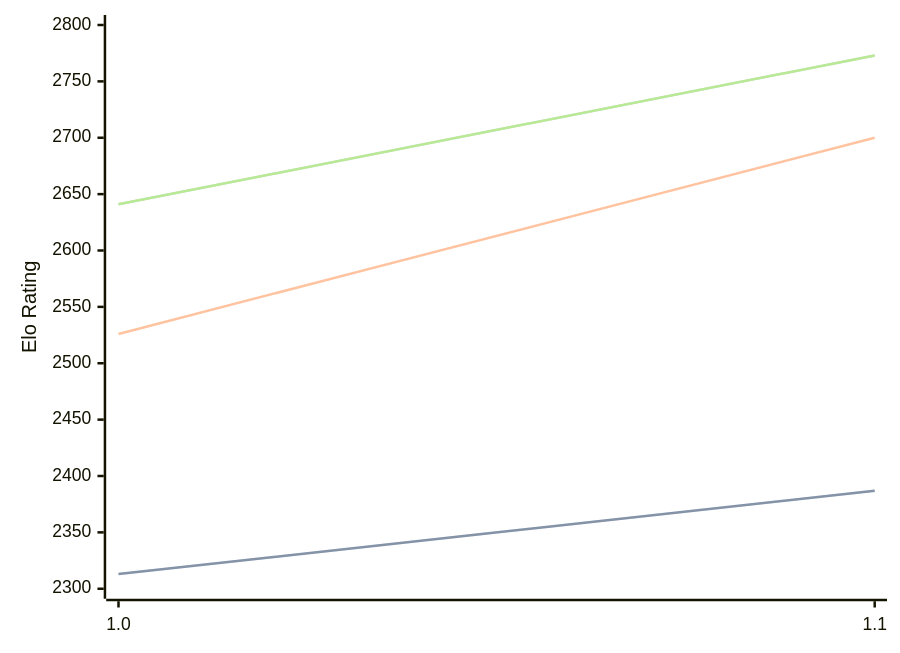
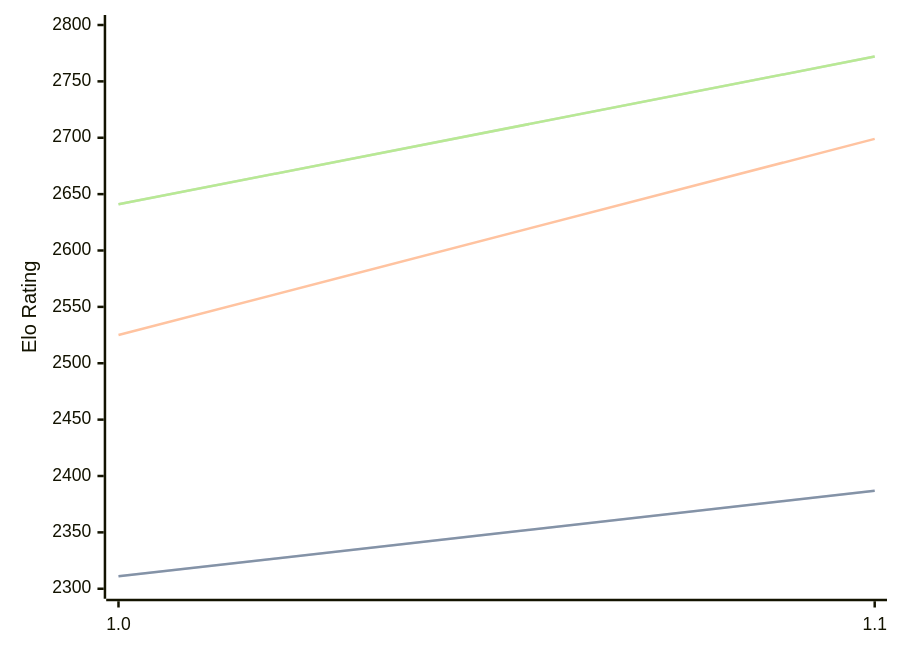
Before and after one commit to computer-chess-index/cci: the diagram in engines/FoxChess.md, drawn with Mermaid. The commit also changed other lines of this file, not shown here.

Commit message:
Update CCI Ratings (ELO VLTC) - 2026-06-07

````diff
--- a/engines/FoxChess.md
+++ b/engines/FoxChess.md
@@ -32,11 +32,11 @@
 ```mermaid
 %%{init: {"theme":"base","themeVariables":{"seriesColors:['#a3a3a3','#222221','#faa371']}}}%%
 xychart-beta
   x-axis ["1.0", "1.1"]
   y-axis "Elo Rating" 2300 --> 2800
-  line "STC (8.0+0.08s)" [2313, 2387]
-  line "STC (8.0+0.08s)" [2313, 2387]
-  line "LTC (60.0+0.60s)" [2526, 2700]
-  line "VLTC (2m24s+1.12s)" [2641, 2773]
-  line "VLTC (2m24s+1.12s)" [2641, 2773]
+  line "STC (8.0+0.08s)" [2311, 2387]
+  line "STC (8.0+0.08s)" [2311, 2387]
+  line "LTC (60.0+0.60s)" [2525, 2699]
+  line "VLTC (2m24s+1.12s)" [2641, 2772]
+  line "VLTC (2m24s+1.12s)" [2641, 2772]
 ```
````
